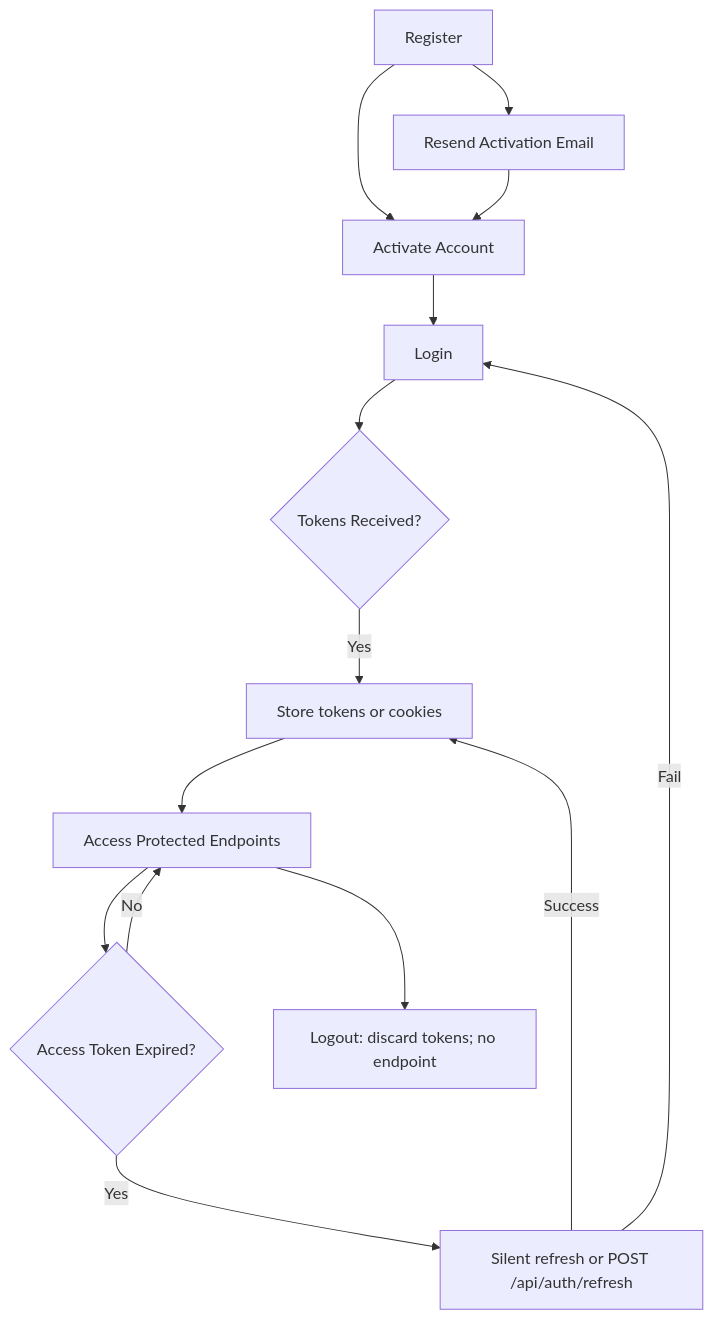
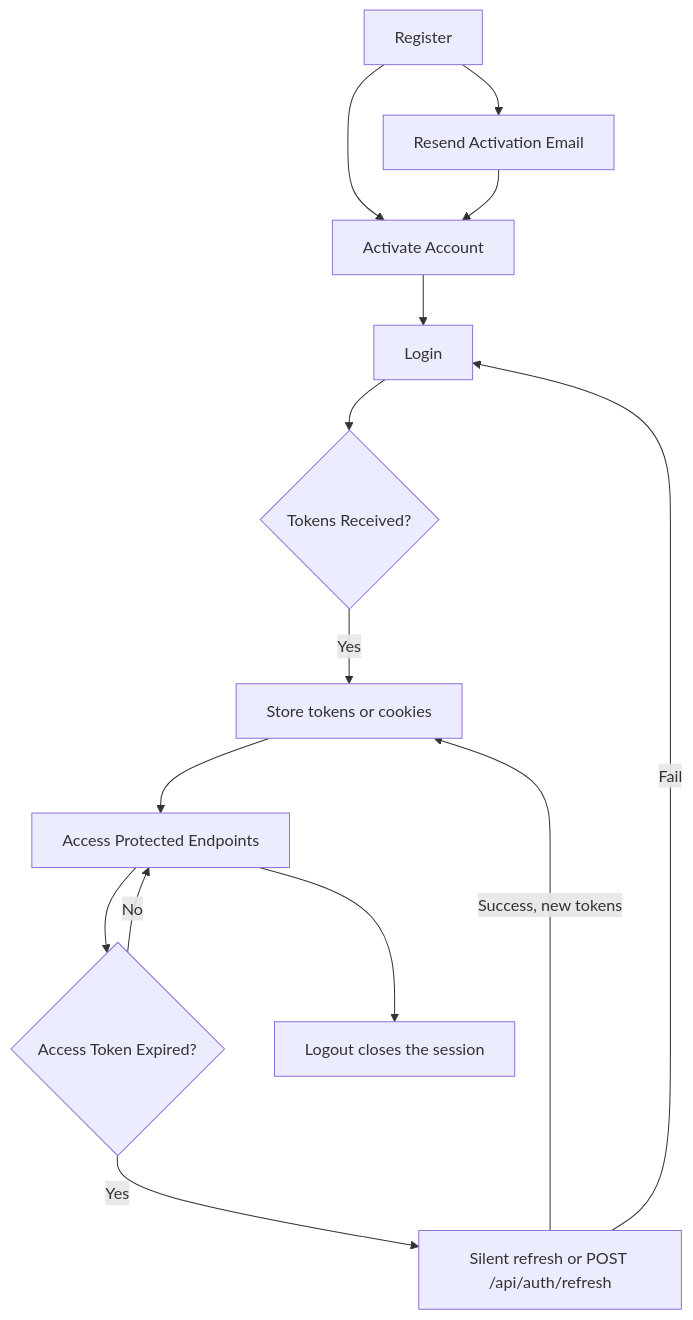
The diagram in app/docs/bsh-engine/api/authentication/page.mdx (bsh-devsolutions/documentation), drawn with Mermaid before and after one commit. The commit also changed other lines of this file and 37 other files, not shown here.

````diff
--- a/app/docs/bsh-engine/api/authentication/page.mdx
+++ b/app/docs/bsh-engine/api/authentication/page.mdx
@@ -96,16 +112,16 @@
 ```mermaid
 flowchart TD
     X[Register] --> Y[Activate Account]
     X --> Z[Resend Activation Email]
     Z --> Y
     Y --> A[Login]
     A[Login] --> B{Tokens Received?}
     B -- Yes --> C[Store tokens or cookies]
     C --> D[Access Protected Endpoints]
     D --> E{Access Token Expired?}
     E -- No --> D
     E -- Yes --> F[Silent refresh or POST /api/auth/refresh]
-    F -- Success --> C
+    F -- Success, new tokens --> C
     F -- Fail --> A
-    D --> G[Logout: discard tokens; no endpoint]
+    D --> G[Logout closes the session]
 ```
````
